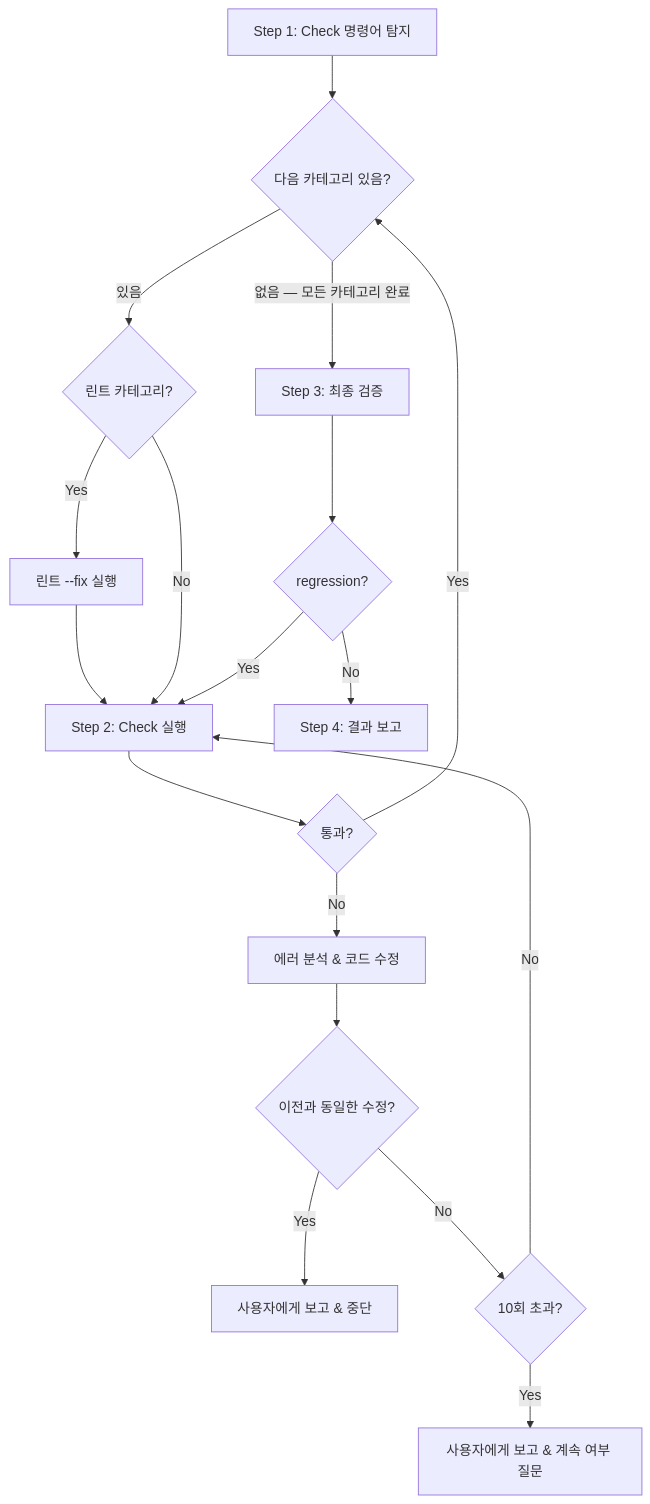
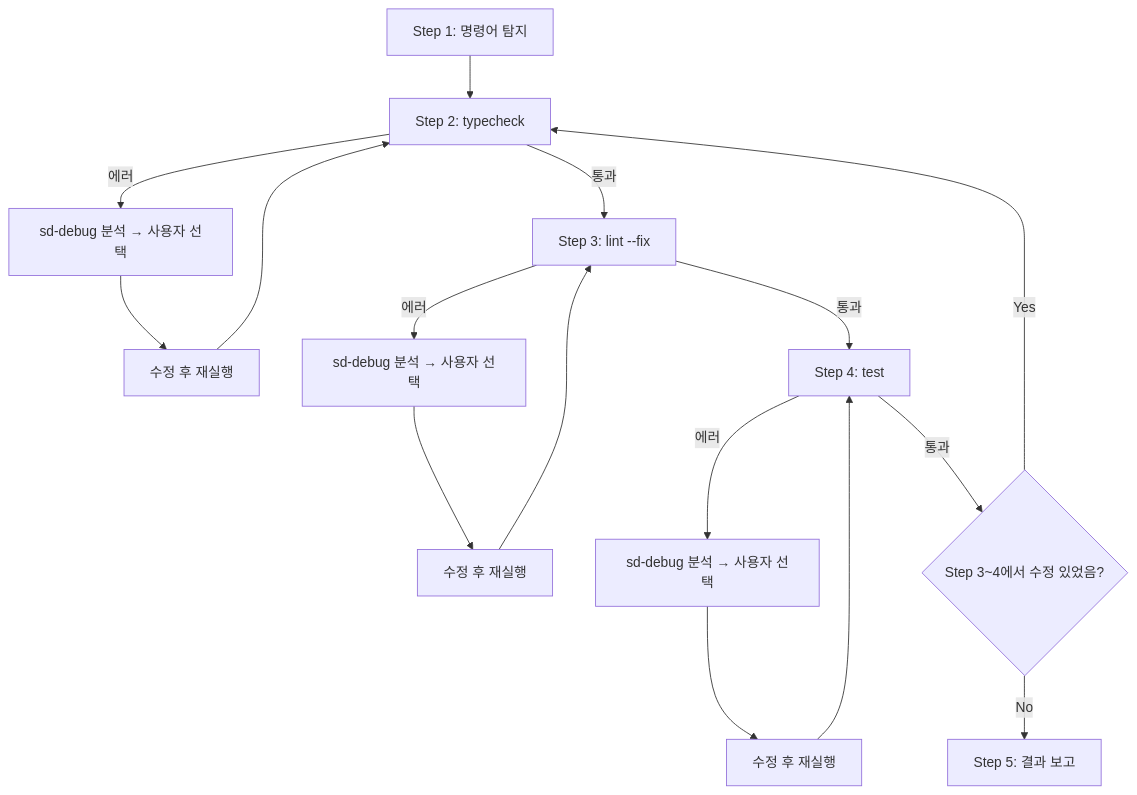
Before and after one commit to kslhunter/simplysm: the diagram in .claude/skills/sd-check/SKILL.md, drawn with Mermaid. The commit also changed other lines of this file and 72 other files, not shown here.

````diff
--- a/.claude/skills/sd-check/SKILL.md
+++ b/.claude/skills/sd-check/SKILL.md
@@ -23,20 +20,18 @@
 ```mermaid
 flowchart TD
-    S1[Step 1: Check 명령어 탐지] --> S2{다음 카테고리 있음?}
-    S2 -->|없음 — 모든 카테고리 완료| S3[Step 3: 최종 검증]
-    S2 -->|있음| IS_LINT{린트 카테고리?}
-    IS_LINT -->|Yes| LINT_FIX[린트 --fix 실행]
-    LINT_FIX --> RUN
-    IS_LINT -->|No| RUN[Step 2: Check 실행]
-    RUN --> PASS{통과?}
-    PASS -->|Yes| S2
-    PASS -->|No| FIX[에러 분석 & 코드 수정]
-    FIX --> NOOP{이전과 동일한 수정?}
-    NOOP -->|Yes| REPORT_STUCK[사용자에게 보고 & 중단]
-    NOOP -->|No| RETRY{10회 초과?}
-    RETRY -->|Yes| REPORT_LIMIT[사용자에게 보고 & 계속 여부 질문]
-    RETRY -->|No| RUN
-    S3 --> REG{regression?}
-    REG -->|Yes| RUN
-    REG -->|No| S4[Step 4: 결과 보고]
+    S1[Step 1: 명령어 탐지] --> TC[Step 2: typecheck]
+    TC -- 에러 --> DEBUG_TC[sd-debug 분석 → 사용자 선택]
+    DEBUG_TC --> FIX_TC[수정 후 재실행]
+    FIX_TC --> TC
+    TC -- 통과 --> LINT[Step 3: lint --fix]
+    LINT -- 에러 --> DEBUG_LN[sd-debug 분석 → 사용자 선택]
+    DEBUG_LN --> FIX_LN[수정 후 재실행]
+    FIX_LN --> LINT
+    LINT -- 통과 --> TEST[Step 4: test]
+    TEST -- 에러 --> DEBUG_TS[sd-debug 분석 → 사용자 선택]
+    DEBUG_TS --> FIX_TS[수정 후 재실행]
+    FIX_TS --> TEST
+    TEST -- 통과 --> REG{Step 3~4에서 수정 있었음?}
+    REG -->|Yes| TC
+    REG -->|No| S5[Step 5: 결과 보고]
 ```
````
